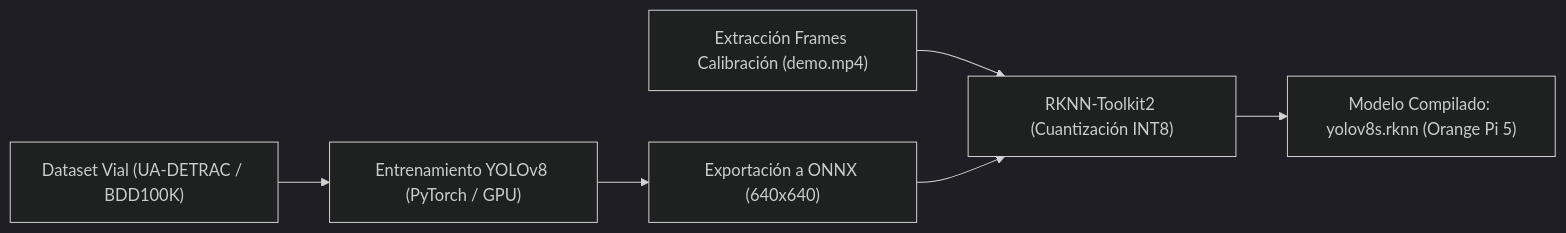
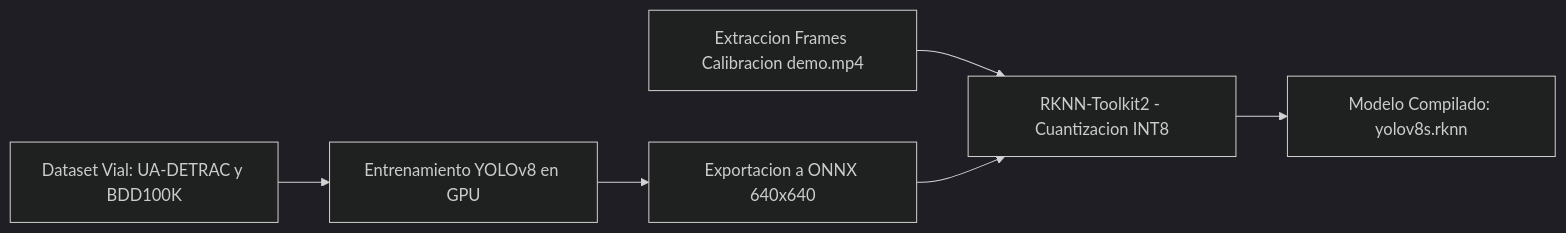
One commit to Pozole98/fluxa-smart-city changed the diagram in docs/PLAN_ENTRENAMIENTO.md. Above: the diagram before and after it, drawn with Mermaid (dark theme). The commit also changed 3 other files, not shown here.

Commit message:
fix(docs): corregir sintaxis de Mermaid y formulas KaTeX para renderizado en GitHub

````diff
--- a/docs/PLAN_ENTRENAMIENTO.md
+++ b/docs/PLAN_ENTRENAMIENTO.md
@@ -46,8 +46,8 @@
 ```mermaid
 graph LR
-    A["Dataset Vial (UA-DETRAC / BDD100K)"] --> B["Entrenamiento YOLOv8 (PyTorch / GPU)"]
-    B --> C["Exportación a ONNX (640x640)"]
-    D["Extracción Frames Calibración (demo.mp4)"] --> E["RKNN-Toolkit2 (Cuantización INT8)"]
+    A[Dataset Vial: UA-DETRAC y BDD100K] --> B[Entrenamiento YOLOv8 en GPU]
+    B --> C[Exportacion a ONNX 640x640]
+    D[Extraccion Frames Calibracion demo.mp4] --> E[RKNN-Toolkit2 - Cuantizacion INT8]
     C --> E
-    E --> F["Modelo Compilado: yolov8s.rknn (Orange Pi 5)"]
+    E --> F[Modelo Compilado: yolov8s.rknn]
 ```
````
